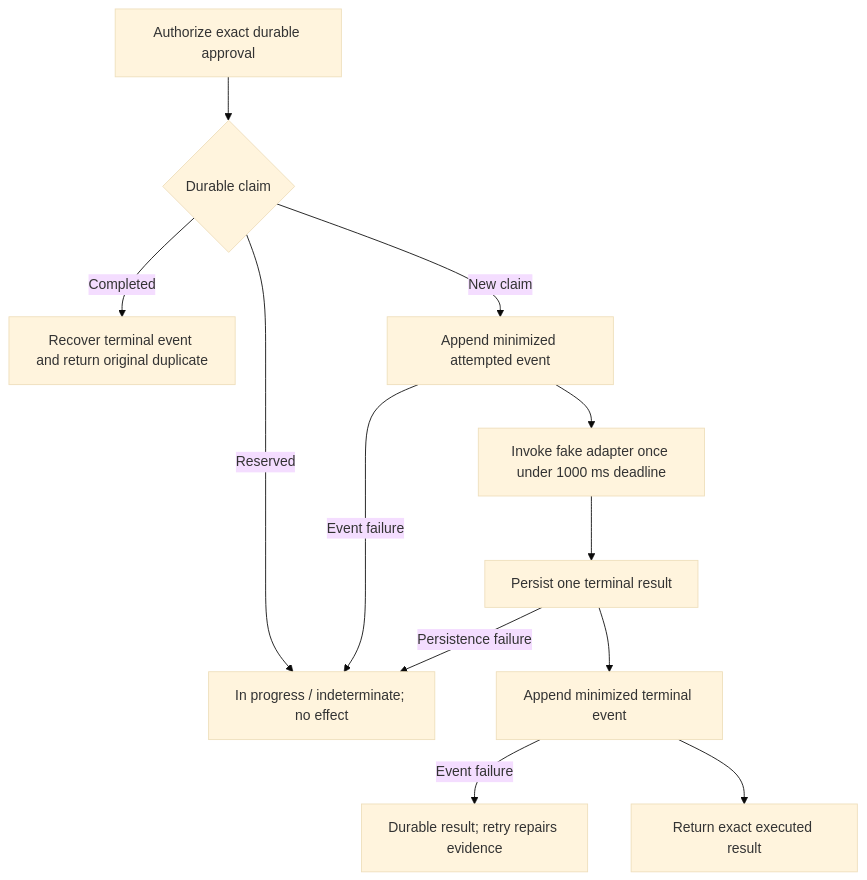
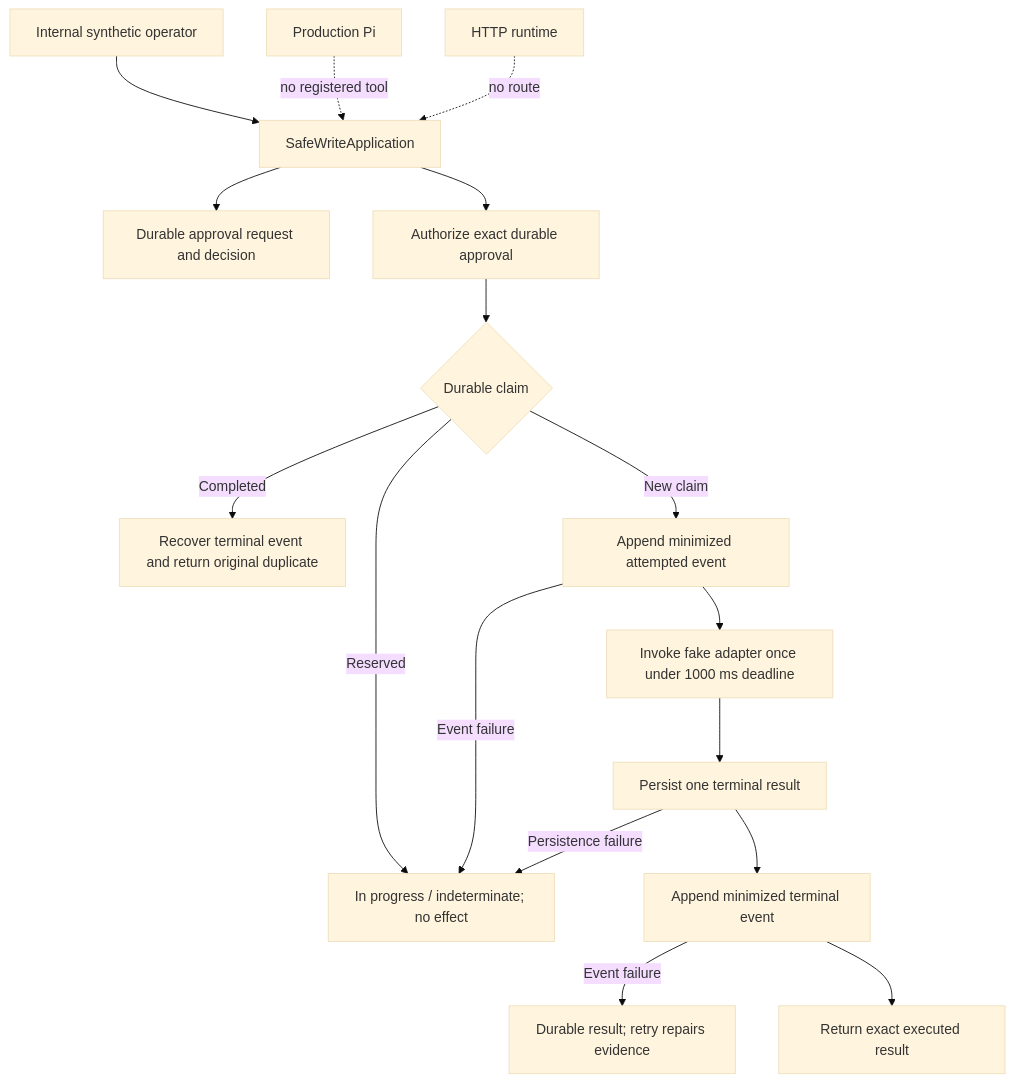
The second of 2 diagrams in docs/build-log-week2.md (moshehbenavraham/production-agent-workshop), drawn with Mermaid (base theme) before and after one commit. The commit also changed other lines of this file and 23 other files, not shown here.

Commit message:
Complete phase01-session06 safe write integration and evidence

````diff
--- a/docs/build-log-week2.md
+++ b/docs/build-log-week2.md
@@ -225,14 +228,19 @@
 ```mermaid
 flowchart TD
-    A[Authorize exact durable approval] --> C{Durable claim}
+    O[Internal synthetic operator] --> W[SafeWriteApplication]
+    W --> P[Durable approval request and decision]
+    W --> A[Authorize exact durable approval]
+    A --> C{Durable claim}
     C -->|Completed| D[Recover terminal event and return original duplicate]
     C -->|Reserved| I[In progress / indeterminate; no effect]
     C -->|New claim| E[Append minimized attempted event]
     E -->|Event failure| I
     E --> F[Invoke fake adapter once under 1000 ms deadline]
     F --> R[Persist one terminal result]
     R -->|Persistence failure| I
     R --> T[Append minimized terminal event]
     T -->|Event failure| X[Durable result; retry repairs evidence]
     T --> S[Return exact executed result]
+    Pi[Production Pi] -. no registered tool .-> W
+    HTTP[HTTP runtime] -. no route .-> W
 ```
````
